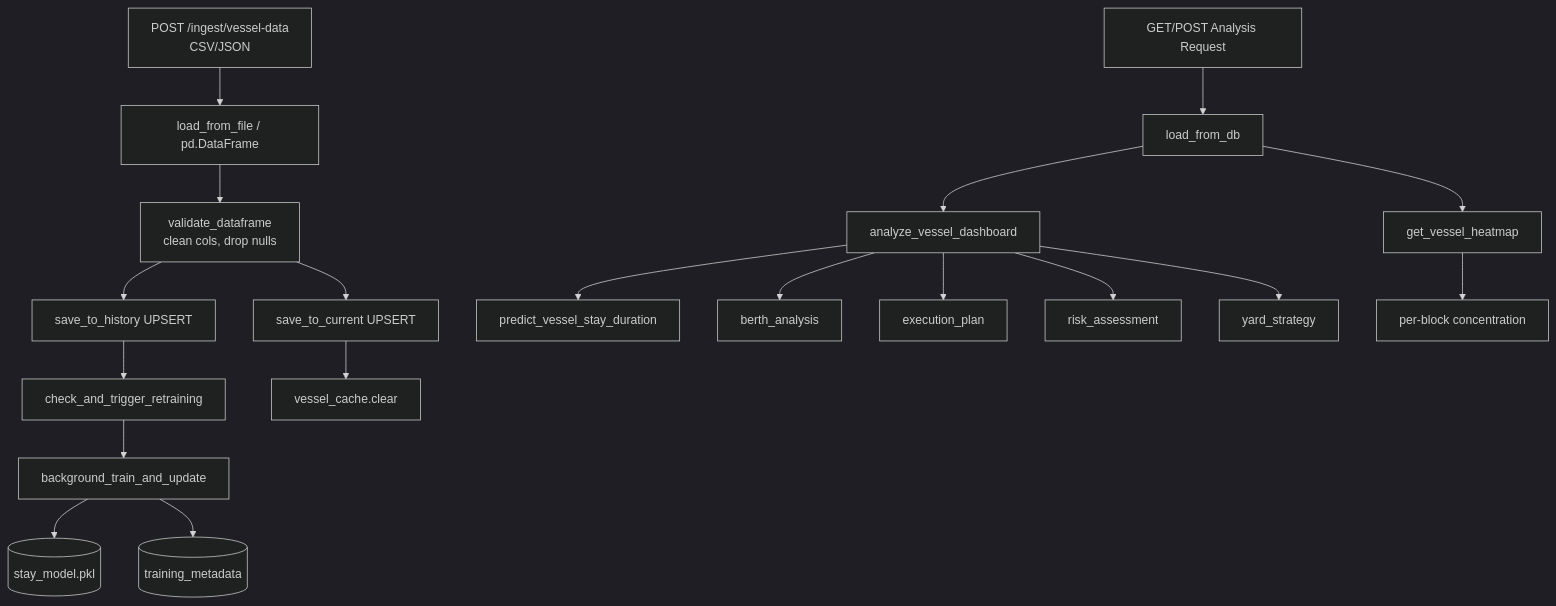
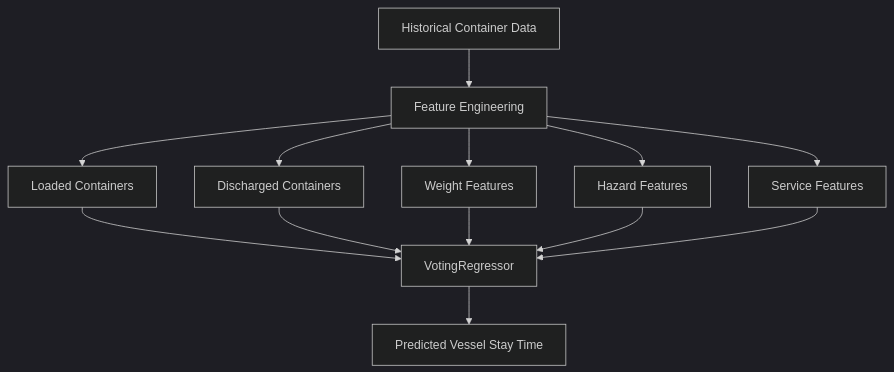
The fifth of 8 diagrams in README.md (SHATHISH-07/port-system), drawn with Mermaid (dark theme) before and after one commit. The commit also changed other lines of this file and 4 other files, not shown here.

````diff
--- a/README.md
+++ b/README.md
@@ -614,22 +472,19 @@
 ```mermaid
 graph TD
-    A[POST /ingest/vessel-data<br>CSV/JSON] --> B[load_from_file / pd.DataFrame]
-    B --> C[validate_dataframe<br>clean cols, drop nulls]
-    C --> D[save_to_history UPSERT]
-    C --> E[save_to_current UPSERT]
-    D --> F[check_and_trigger_retraining]
-    E --> G[vessel_cache.clear]
-    F --> H[background_train_and_update]
-    H --> I[(stay_model.pkl)]
-    H --> J[(training_metadata)]
-    
-    K[GET/POST Analysis Request] --> L[load_from_db]
-    L --> M[analyze_vessel_dashboard]
-    M --> N[predict_vessel_stay_duration]
-    M --> O[berth_analysis]
-    M --> P[execution_plan]
-    M --> Q[risk_assessment]
-    M --> R[yard_strategy]
-    L --> S[get_vessel_heatmap]
-    S --> T[per-block concentration]
+
+    A[Historical Container Data] --> B[Feature Engineering]
+
+    B --> C[Loaded Containers]
+    B --> D[Discharged Containers]
+    B --> E[Weight Features]
+    B --> F[Hazard Features]
+    B --> G[Service Features]
+
+    C --> H[VotingRegressor]
+    D --> H
+    E --> H
+    F --> H
+    G --> H
+
+    H --> I[Predicted Vessel Stay Time]
 ```
````
